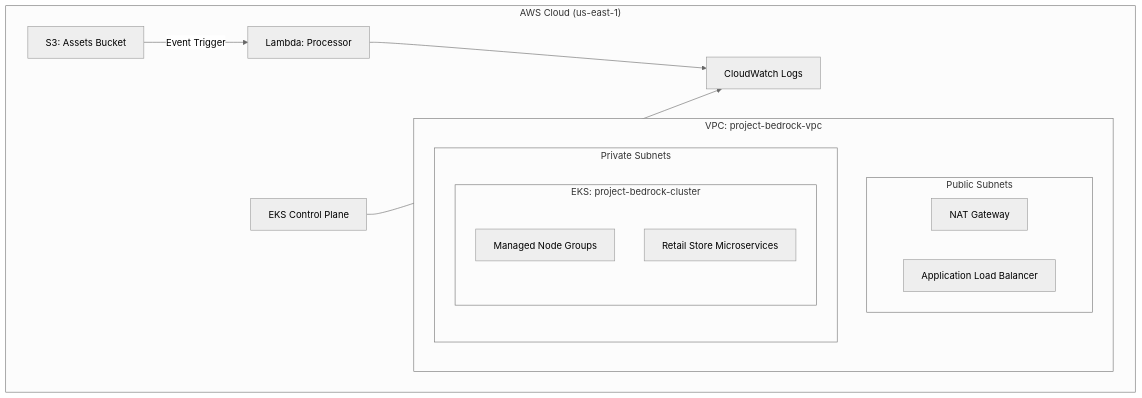
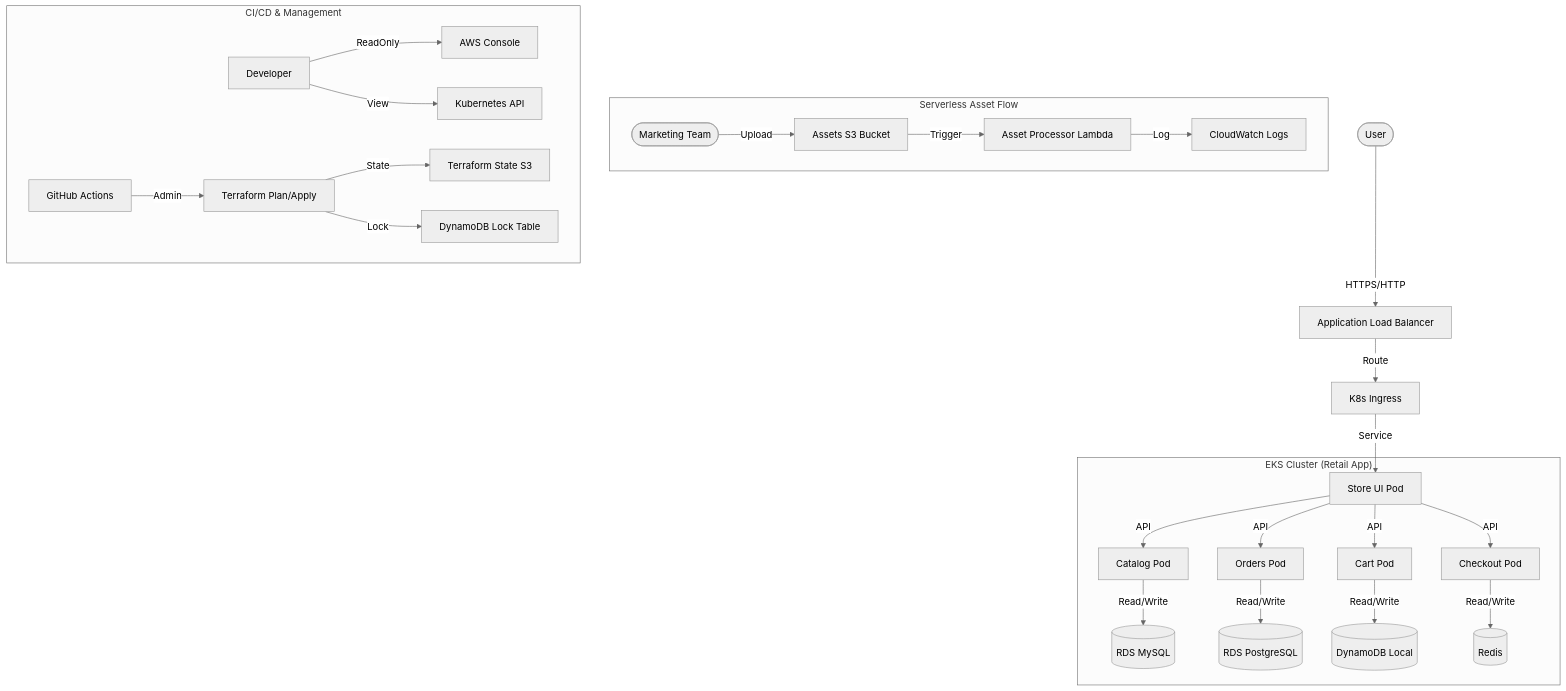
Before and after one commit to Kindee18/project-bedrock: the diagram in README.md, drawn with Mermaid (neutral theme). The commit also changed other lines of this file and 6 other files, not shown here.

````diff
--- a/README.md
+++ b/README.md
@@ -11,20 +13,32 @@
 ```mermaid
 graph TD
-    subgraph "AWS Cloud (us-east-1)"
-        subgraph "VPC: project-bedrock-vpc"
-            subgraph "Public Subnets"
-                NAT[NAT Gateway]
-                ALB[Application Load Balancer]
-            end
-            subgraph "Private Subnets"
-                subgraph "EKS: project-bedrock-cluster"
-                    MG[Managed Node Groups]
-                    Apps[Retail Store Microservices]
-                end
-            end
-        end
-        S3[S3: Assets Bucket] -->|Event Trigger| Lambda[Lambda: Processor]
-        Lambda --> CW[CloudWatch Logs]
-        EKS_CP[EKS Control Plane] --> CW
+    User([User]) -->|HTTPS/HTTP| ALB[Application Load Balancer]
+    ALB -->|Route| Ingress[K8s Ingress]
+    Ingress -->|Service| UI[Store UI Pod]
+    
+    subgraph "EKS Cluster (Retail App)"
+        UI -->|API| Catalog[Catalog Pod]
+        UI -->|API| Cart[Cart Pod]
+        UI -->|API| Checkout[Checkout Pod]
+        UI -->|API| Orders[Orders Pod]
+        
+        Catalog -->|Read/Write| RDSCatalog[(RDS MySQL)]
+        Orders -->|Read/Write| RDSOrders[(RDS PostgreSQL)]
+        Cart -->|Read/Write| DynamoDB[(DynamoDB Local)]
+        Checkout -->|Read/Write| Redis[(Redis)]
+    end
+    
+    subgraph "Serverless Asset Flow"
+        Marketing([Marketing Team]) -->|Upload| S3[Assets S3 Bucket]
+        S3 -->|Trigger| Lambda[Asset Processor Lambda]
+        Lambda -->|Log| CW[CloudWatch Logs]
+    end
+    
+    subgraph "CI/CD & Management"
+        Dev[Developer] -->|ReadOnly| AWS[AWS Console]
+        Dev -->|View| K8s[Kubernetes API]
+        GitHub[GitHub Actions] -->|Admin| Terraform[Terraform Plan/Apply]
+        Terraform -->|State| S3State[Terraform State S3]
+        Terraform -->|Lock| DDBLock[DynamoDB Lock Table]
     end
 ```
````
